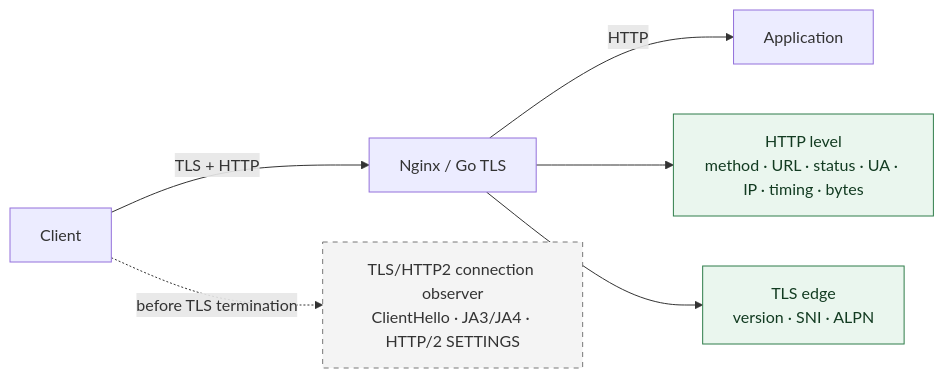
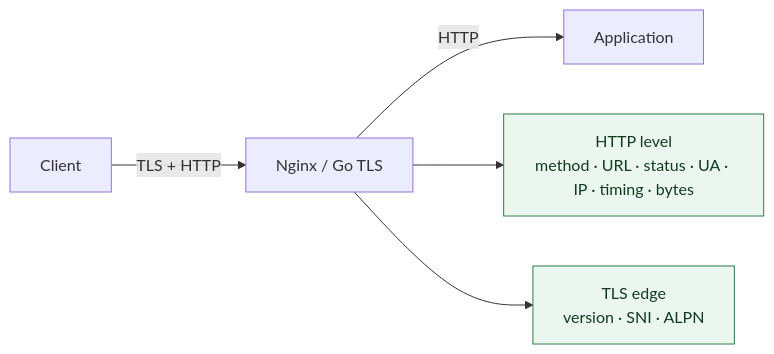
The diagram in README.md (rbelshevitz/httpfin), drawn with Mermaid before and after one commit. The commit also changed other lines of this file and 8 other files, not shown here.

````diff
--- a/README.md
+++ b/README.md
@@ -22,20 +22,16 @@
 ```mermaid
 flowchart LR
     C[Client]
     N[Nginx / Go TLS]
     A[Application]
     H["HTTP level<br/>method · URL · status · UA · IP · timing · bytes"]
     T["TLS edge<br/>version · SNI · ALPN"]
-    W["TLS/HTTP2 connection observer<br/>ClientHello · JA3/JA4 · HTTP/2 SETTINGS"]
 
     C -->|TLS + HTTP| N
     N -->|HTTP| A
     N --> H
     N --> T
-    C -.->|before TLS termination| W
 
     classDef current fill:#eaf6ee,stroke:#2f7d4a,color:#123b21
-    classDef future fill:#f4f4f4,stroke:#777,color:#333,stroke-dasharray:5 5
     class H,T current
-    class W future
 ```
````
